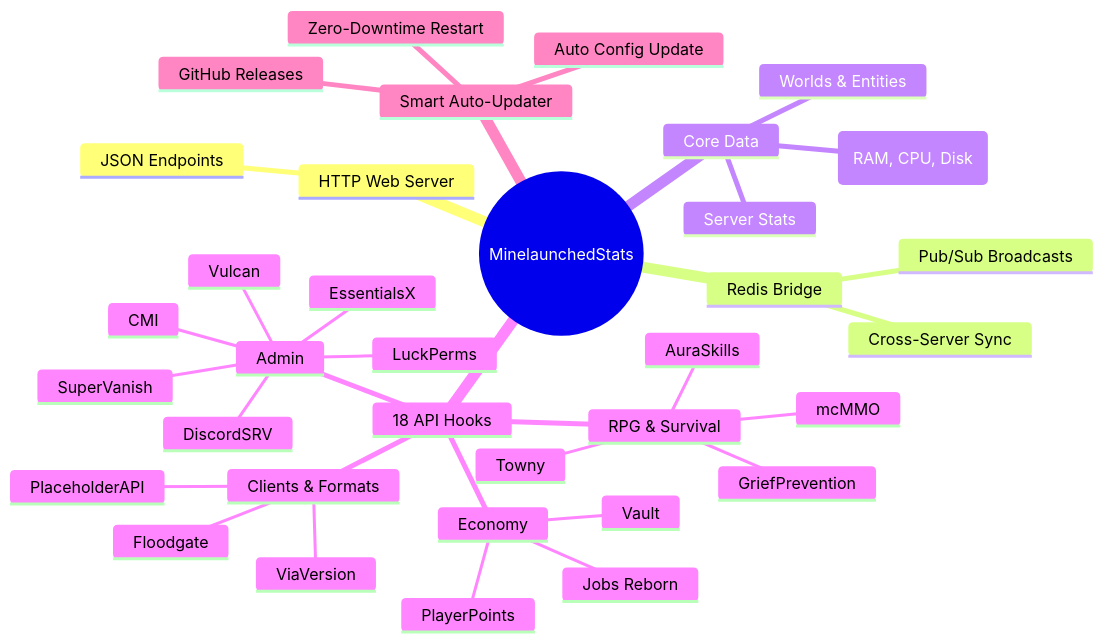
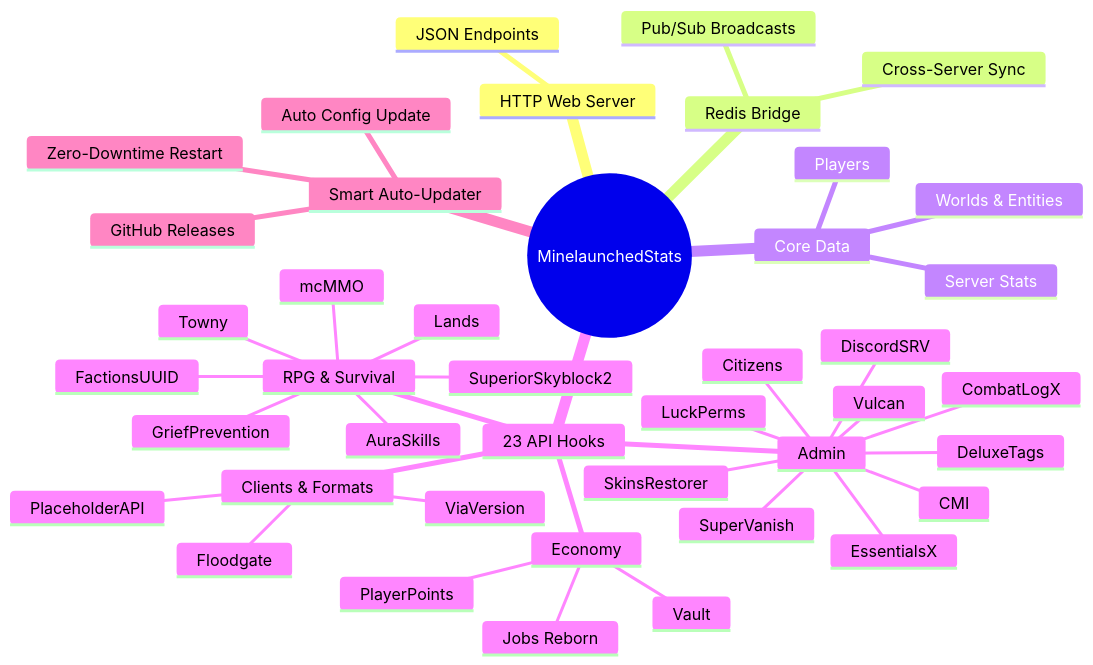
The diagram in README.md (Minelaunched/Minelaunched-Stats), drawn with Mermaid before and after one commit. The commit also changed other lines of this file and 8 other files, not shown here.

Commit message:
feat: Add 5 more APIs (CombatLogX, SuperiorSkyblock2, DeluxeTags, SkinsRestorer, Citizens)

````diff
--- a/README.md
+++ b/README.md
@@ -25,38 +25,45 @@
 ```mermaid
 mindmap
   root((MinelaunchedStats))
     HTTP Web Server
       JSON Endpoints
     Redis Bridge
       Pub/Sub Broadcasts
       Cross-Server Sync
     Core Data
       Server Stats
       Worlds & Entities
-      System (RAM, CPU, Disk)
-    18 API Hooks
+      Players
+    23 API Hooks
       Economy
         Vault
         PlayerPoints
         Jobs Reborn
       Admin
         LuckPerms
         EssentialsX
         CMI
         SuperVanish
         DiscordSRV
         Vulcan
+        Citizens
+        SkinsRestorer
+        DeluxeTags
+        CombatLogX
       RPG & Survival
         AuraSkills
         mcMMO
         Towny
+        Lands
+        FactionsUUID
+        SuperiorSkyblock2
         GriefPrevention
       Clients & Formats
         ViaVersion
         Floodgate
         PlaceholderAPI
     Smart Auto-Updater
       GitHub Releases
       Zero-Downtime Restart
       Auto Config Update
 ```
````
